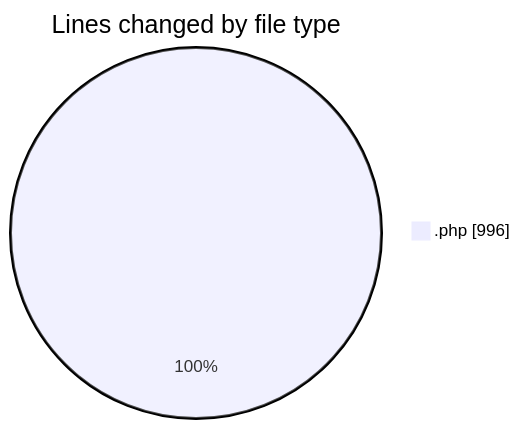
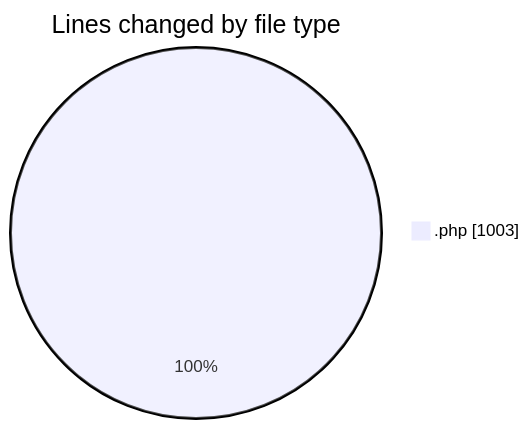
Before and after one commit to debugP/code-tracking: the first of 2 diagrams in 2026-07-30/untitled__workspace_/README.md, drawn with Mermaid. The commit also changed other lines of this file and 1 other file, not shown here.

````diff
--- a/2026-07-30/untitled__workspace_/README.md
+++ b/2026-07-30/untitled__workspace_/README.md
@@ -20,5 +20,5 @@
 ```mermaid
 pie showData
 title Lines changed by file type
-".php" : 996
+".php" : 1003
 ```
````
